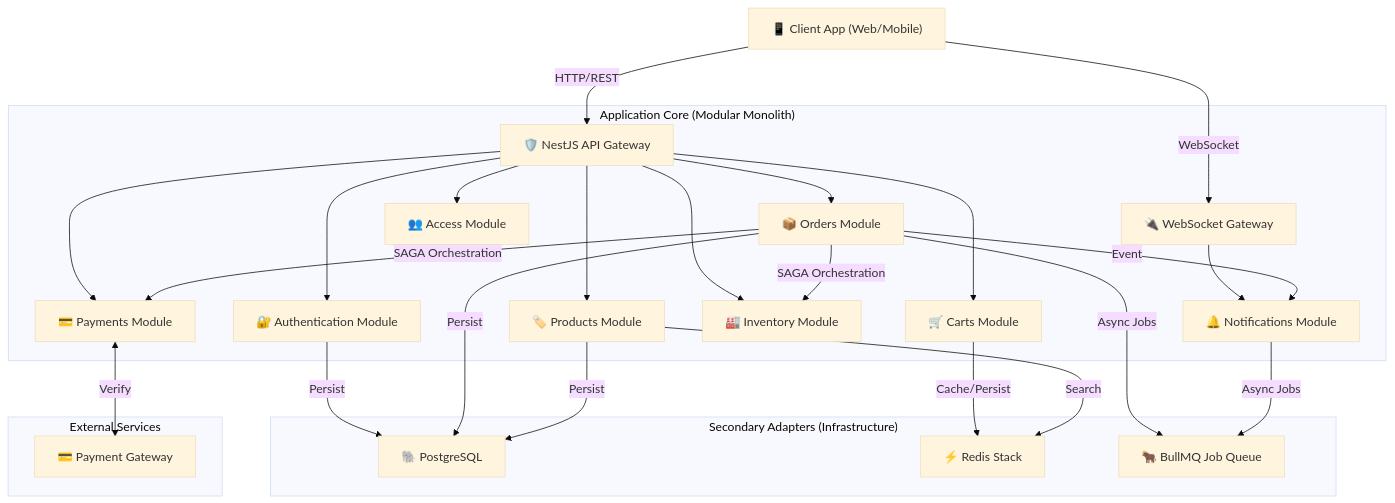
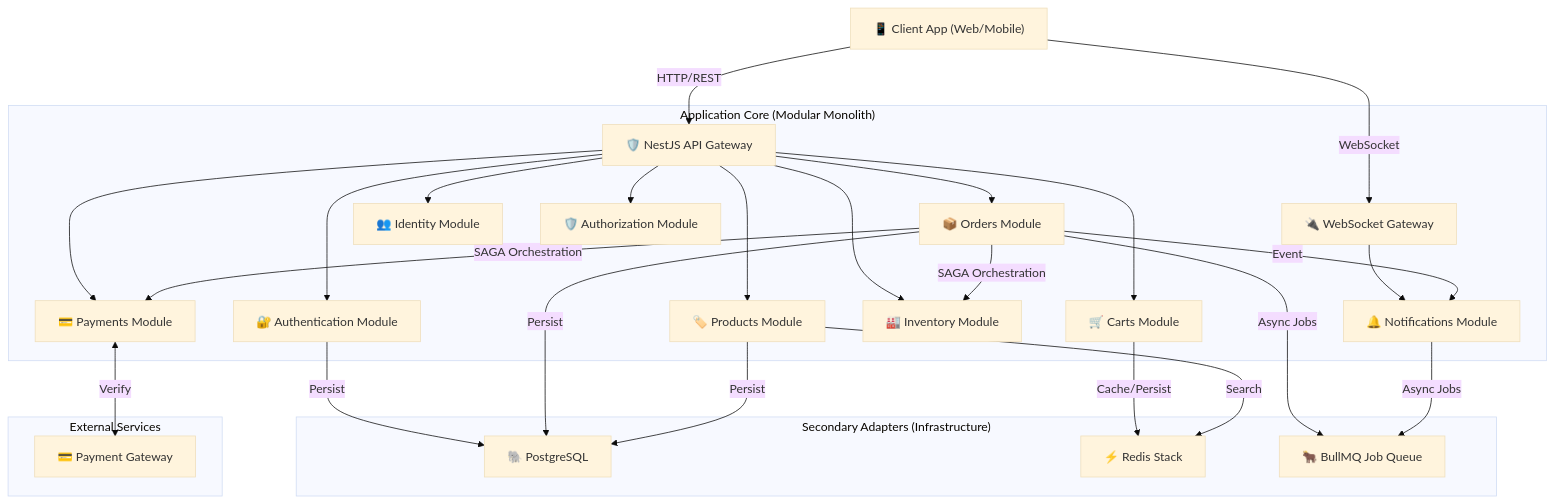
The third of 11 diagrams in docs/architecture/ARCHITECTURE.md (raouf-b-dev/ecommerce-store-api), drawn with Mermaid (base theme) before and after one commit. The commit also changed other lines of this file and 169 other files, not shown here.

First line of the commit message:
ES-138: Refactor Access Module to Identity and Authorization Modules

````diff
--- a/docs/architecture/ARCHITECTURE.md
+++ b/docs/architecture/ARCHITECTURE.md
@@ -123,37 +126,38 @@
 ```mermaid
 graph TD
     Client["📱 Client App (Web/Mobile)"] -->|HTTP/REST| API["🛡️ NestJS API Gateway"]
     Client -->|WebSocket| WS["🔌 WebSocket Gateway"]
 
     subgraph "Application Core (Modular Monolith)"
         API --> Authentication["🔐 Authentication Module"]
         API --> Orders["📦 Orders Module"]
         API --> Products["🏷️ Products Module"]
         API --> Carts["🛒 Carts Module"]
         API --> Payments["💳 Payments Module"]
         API --> Inventory["🏭 Inventory Module"]
-        API --> Access["👥 Access Module"]
+        API --> Identity["👥 Identity Module"]
+        API --> Authorization["🛡️ Authorization Module"]
 
         WS --> Notifications["🔔 Notifications Module"]
 
         Orders -->|SAGA Orchestration| Inventory
         Orders -->|SAGA Orchestration| Payments
         Orders -->|Event| Notifications
     end
 
     subgraph "Secondary Adapters (Infrastructure)"
         Authentication -->|Persist| PG["🐘 PostgreSQL"]
         Orders -->|Persist| PG
         Products -->|Persist| PG
 
         Carts -->|Cache/Persist| Redis["⚡ Redis Stack"]
         Products -->|Search| Redis
 
         Orders -->|Async Jobs| BullMQ["🐂 BullMQ Job Queue"]
         Notifications -->|Async Jobs| BullMQ
     end
 
     subgraph "External Services"
         Payments <-->|Verify| Stripe["💳 Payment Gateway"]
     end
 ```
````
